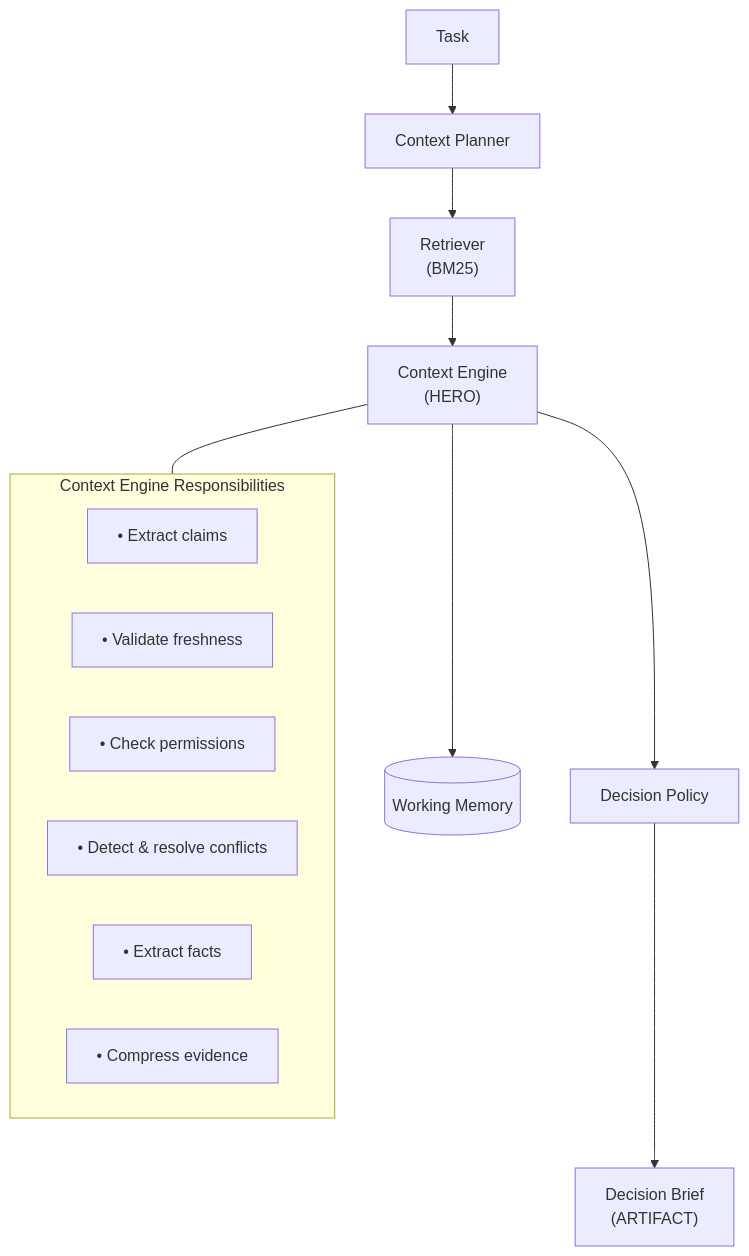
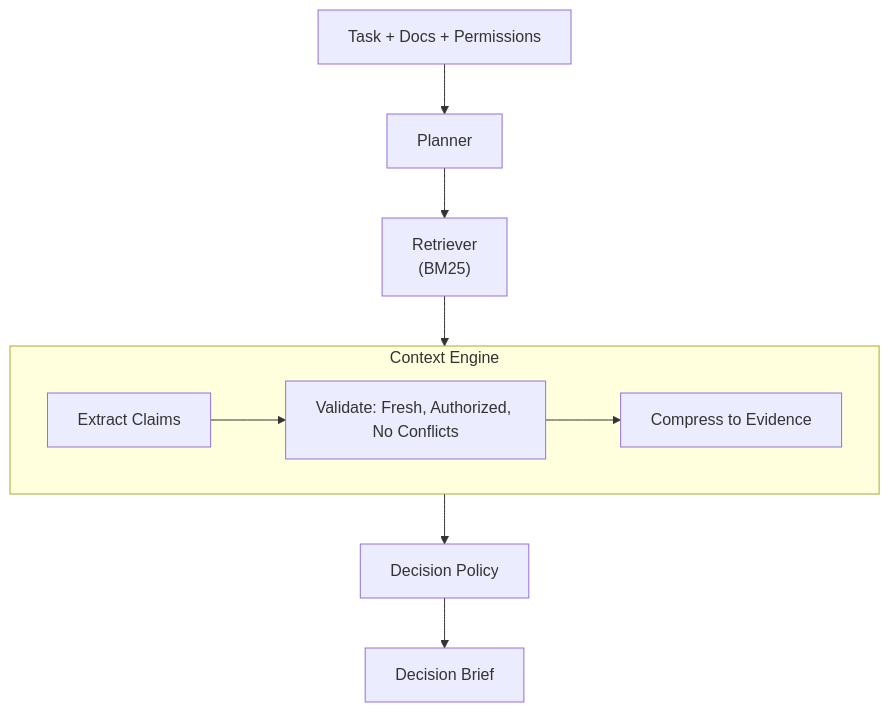
Before and after one commit to jyoti-pokhrel/evidence-context-engine: the diagram in README.md, drawn with Mermaid.

Commit message:
Reorganize README structure and simplify architecture diagram
Move Generalizability section after Tradeoffs/Risks/Privacy to
keep the flow from problem to solution to validation. Simplify
mermaid diagram by removing detailed responsibilities subgraph
and streamlining the flow.

````diff
--- a/README.md
+++ b/README.md
@@ -69,20 +54,12 @@
 ```mermaid
 flowchart TD
-    Task["Task"] --> Planner["Context Planner"]
-    Planner --> Retriever["Retriever<br/>(BM25)"]
-    Retriever --> Engine["Context Engine<br/>(HERO)"]
+    Input[Task + Docs + Permissions] --> Planner --> Retriever["Retriever<br/>(BM25)"] --> Engine
     
-    subgraph EngineBox["Context Engine Responsibilities"]
-        E1["• Extract claims"]
-        E2["• Validate freshness"]
-        E3["• Check permissions"]
-        E4["• Detect & resolve conflicts"]
-        E5["• Extract facts"]
-        E6["• Compress evidence"]
+    subgraph Engine["Context Engine"]
+        Extract[Extract Claims] --> Validate[Validate: Fresh, Authorized, No Conflicts]
+        Validate --> Compress[Compress to Evidence]
     end
     
-    Engine --- EngineBox
-    Engine --> WM[("Working Memory")]
-    Engine --> Policy["Decision Policy"]
-    Policy --> Brief["Decision Brief<br/>(ARTIFACT)"]
+    Engine --> Policy[Decision Policy]
+    Policy --> Brief[Decision Brief]
 ```
````
